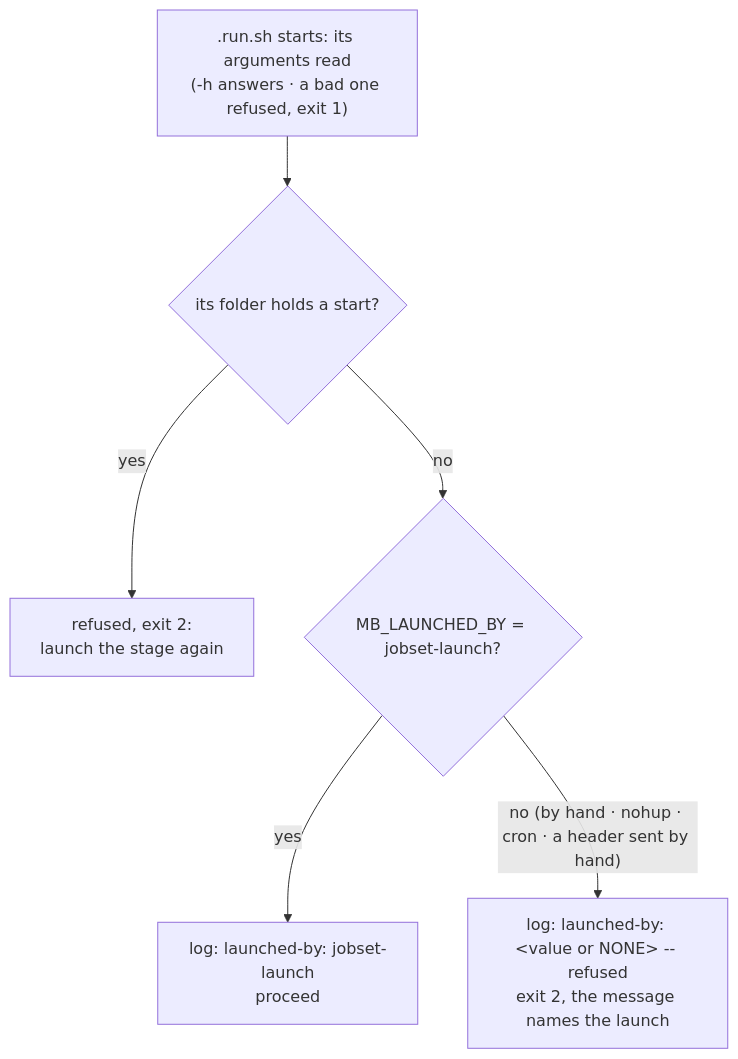
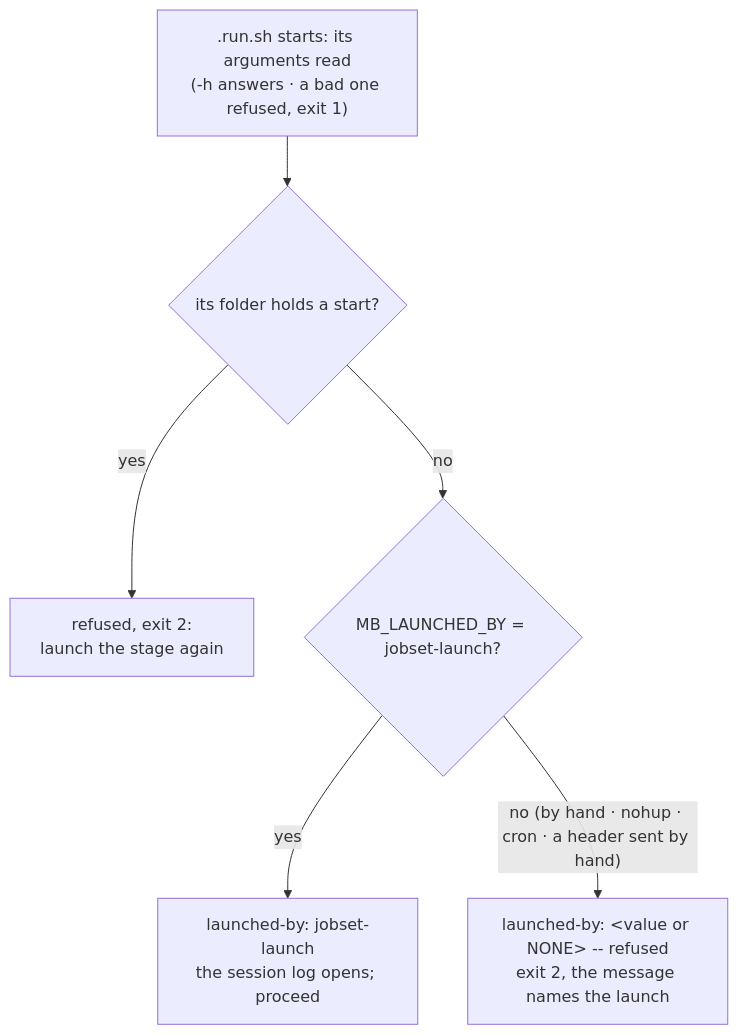
The fifth of 5 diagrams in docs/execution/running-a-job.md (Qing-LAB/molbuilder), drawn with Mermaid before and after one commit. The commit also changed other lines of this file and 30 other files, not shown here.

````diff
--- a/docs/execution/running-a-job.md
+++ b/docs/execution/running-a-job.md
@@ -1264,8 +1109,8 @@
 ```mermaid
 flowchart TD
     A0[".run.sh starts: its arguments read<br/>(-h answers · a bad one refused, exit 1)"] --> A1{"its folder holds a start?"}
     A1 -- yes --> A2["refused, exit 2:<br/>launch the stage again"]
     A1 -- no --> B{"MB_LAUNCHED_BY = jobset-launch?"}
-    B -- yes --> C["log: launched-by: jobset-launch<br/>proceed"]
-    B -- "no (by hand · nohup · cron · a header sent by hand)" --> G["log: launched-by: &lt;value or NONE&gt; -- refused<br/>exit 2, the message names the launch"]
+    B -- yes --> C["launched-by: jobset-launch<br/>the session log opens; proceed"]
+    B -- "no (by hand · nohup · cron · a header sent by hand)" --> G["launched-by: &lt;value or NONE&gt; -- refused<br/>exit 2, the message names the launch"]
 ```
````
